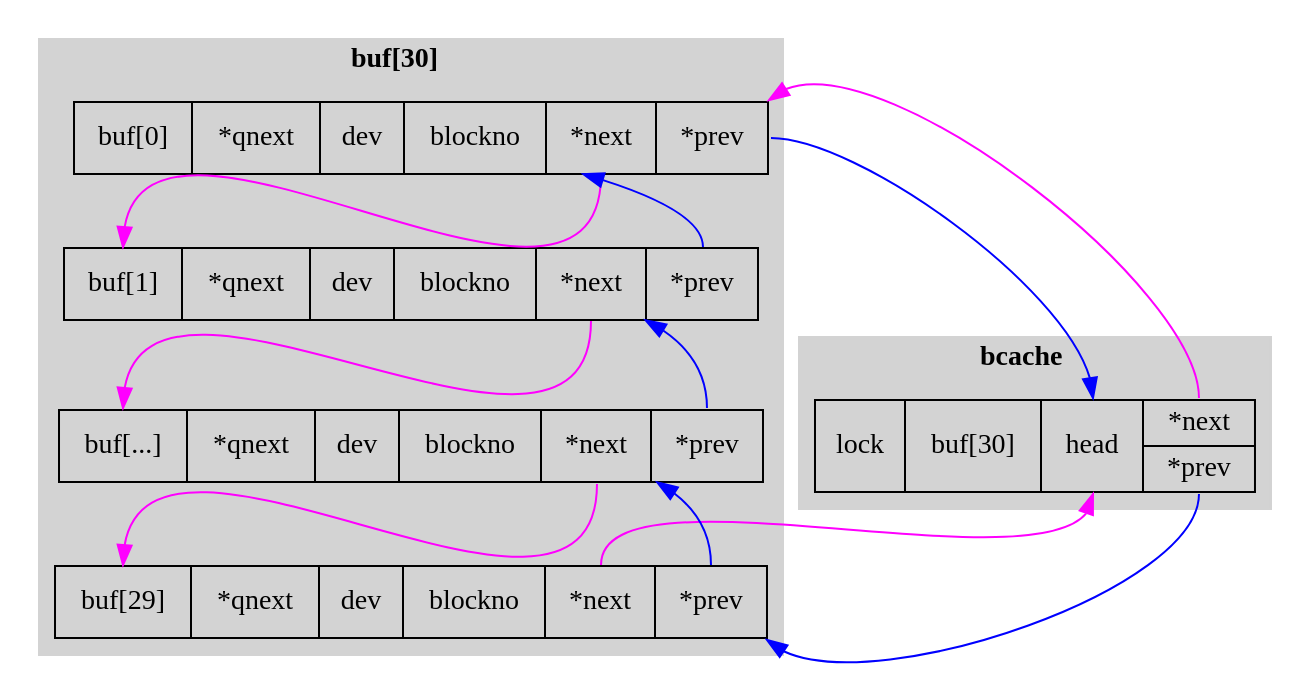
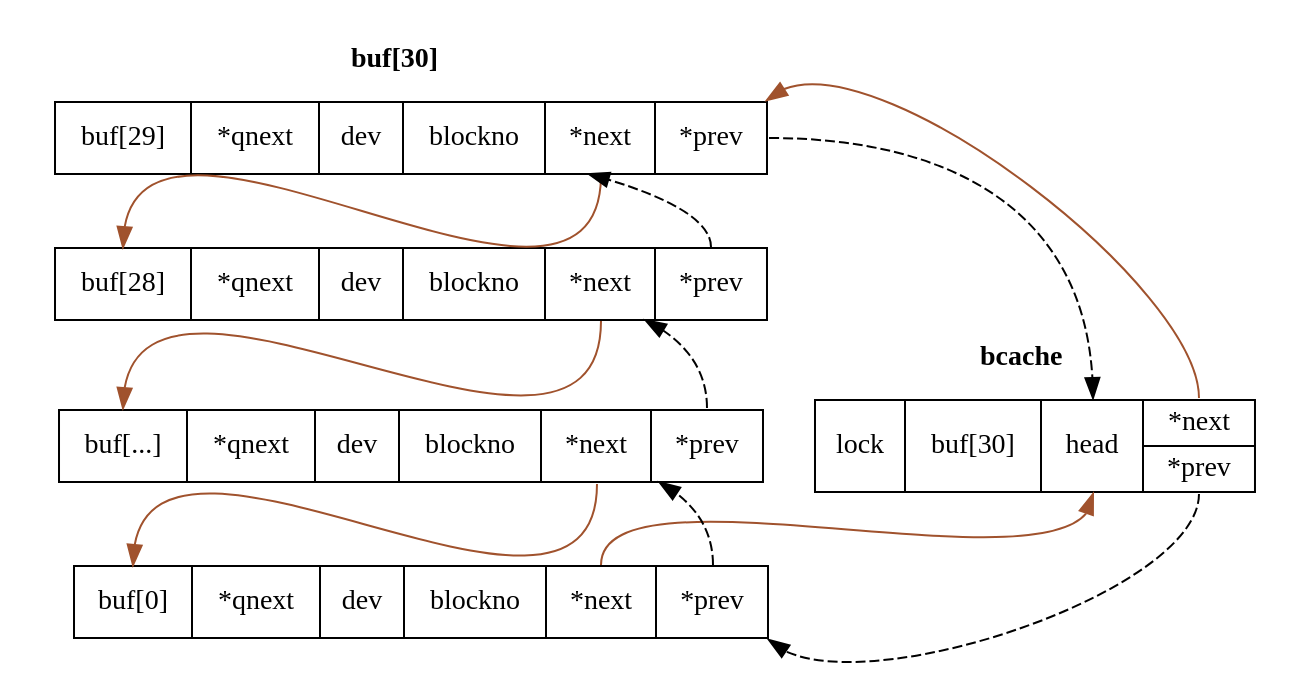
Before and after one commit to Jeanhwea/xv6-course: the diagram in img/bcache.dot, drawn with Graphviz. The commit also changed 1 other file, not shown here.

```diff
--- a/img/bcache.dot
+++ b/img/bcache.dot
@@ -1,34 +1,33 @@
 digraph bcache {
   // rankdir=LR;
   node [shape=record];
 
   subgraph cluster_bcache {
-    label=<<b>bcache</b>>; style=filled; color=lightgray;
+    label=<<b>bcache</b>>; style=filled; color=white;
     bcache[label="lock|<b>buf[30]|<h>head|{<n>*next|<p>*prev}"];
   }
-  // bcache:b -> cluster_bufs;
+  // cluster_bcache -> cluster_bufs;
 
 
   subgraph cluster_bufs {
-    label=<<b>buf[30]</b>>; style=filled; color=lightgray;
-    buf1[label="<a>buf[0]  |*qnext|dev|blockno|<n>*next|<p>*prev"];
-    buf2[label="<a>buf[1]  |*qnext|dev|blockno|<n>*next|<p>*prev"];
+    label=<<b>buf[30]</b>>; style=filled; color=white;
+    buf1[label="<a>buf[29] |*qnext|dev|blockno|<n>*next|<p>*prev"];
+    buf2[label="<a>buf[28] |*qnext|dev|blockno|<n>*next|<p>*prev"];
     buf3[label="<a>buf[...]|*qnext|dev|blockno|<n>*next|<p>*prev"];
-    buf9[label="<a>buf[29] |*qnext|dev|blockno|<n>*next|<p>*prev"];
+    buf9[label="<a>buf[0]  |*qnext|dev|blockno|<n>*next|<p>*prev"];
   }
 
   // {rank=same buf1 buf2 buf9}
 
-  buf1:n -> buf2:a   [color=magenta];
-  buf2:n -> buf3:a   [color=magenta];
-  buf3:n -> buf9:a   [color=magenta];
-  buf9:n -> bcache:h [color=magenta];
+  buf1:n -> buf2:a    [color=sienna style=solid];
+  buf2:n -> buf3:a    [color=sienna style=solid];
+  buf3:n -> buf9:a    [color=sienna style=solid];
+  buf9:n -> bcache:h  [color=sienna style=solid];
+  bcache:n -> buf1:ne [color=sienna style=solid];
 
-  buf9:p -> buf3     [color=blue];
-  buf3:p -> buf2     [color=blue];
-  buf2:p -> buf1     [color=blue];
-  buf1:p -> bcache:h [color=blue];
-
-  bcache:n -> buf1:ne [color=magenta];
-  bcache:p -> buf9:se [color=blue   ];
+  buf9:p -> buf3      [color=black style=dashed];
+  buf3:p -> buf2      [color=black style=dashed];
+  buf2:p -> buf1      [color=black style=dashed];
+  buf1:p -> bcache:h  [color=black style=dashed];
+  bcache:p -> buf9:se [color=black style=dashed];
 }
```
